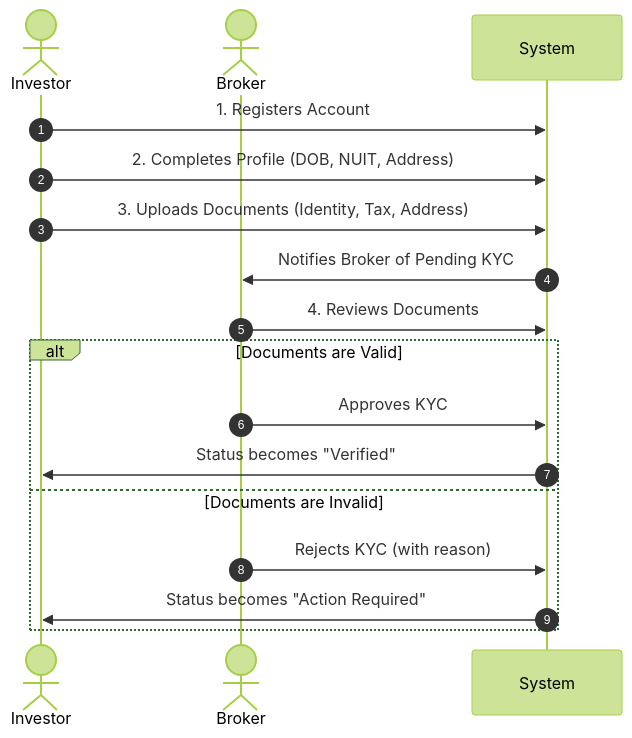
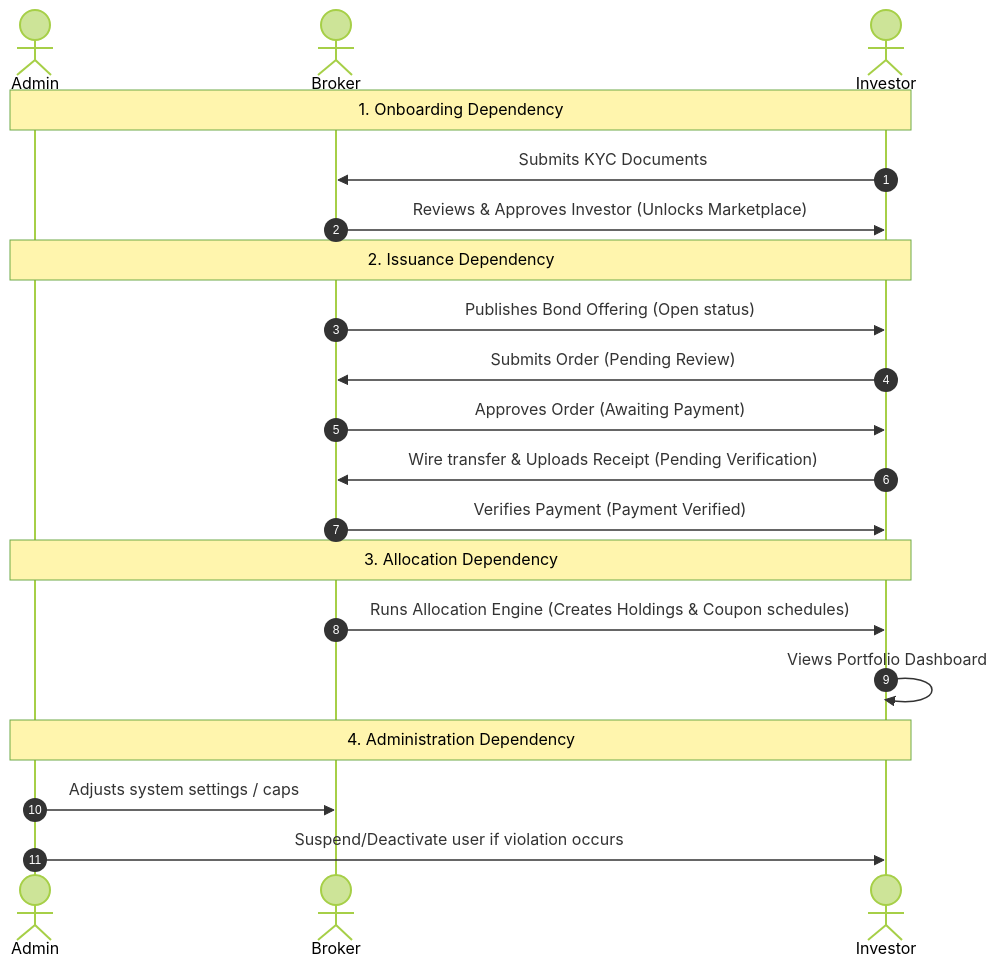
Before and after one commit to Hash-Overflow-bit/AFIN: the second of 2 diagrams in docs/User_Manual.md, drawn with Mermaid (forest theme). The commit also changed other lines of this file and 1 other file, not shown here.

Commit message:
docs: update user manual and PDF up to Day 8

````diff
--- a/docs/User_Manual.md
+++ b/docs/User_Manual.md
@@ -25,21 +52,26 @@
 ```mermaid
 sequenceDiagram
     autonumber
+    actor Admin
+    actor Broker
     actor Investor
-    actor Broker
-    participant System
-
-    Investor->>System: 1. Registers Account
-    Investor->>System: 2. Completes Profile (DOB, NUIT, Address)
-    Investor->>System: 3. Uploads Documents (Identity, Tax, Address)
-    System->>Broker: Notifies Broker of Pending KYC
-    Broker->>System: 4. Reviews Documents
     
-    alt Documents are Valid
-        Broker->>System: Approves KYC
-        System->>Investor: Status becomes "Verified"
-    else Documents are Invalid
-        Broker->>System: Rejects KYC (with reason)
-        System->>Investor: Status becomes "Action Required"
-    end
+    Note over Admin, Investor: 1. Onboarding Dependency
+    Investor->>Broker: Submits KYC Documents
+    Broker->>Investor: Reviews & Approves Investor (Unlocks Marketplace)
+    
+    Note over Admin, Investor: 2. Issuance Dependency
+    Broker->>Investor: Publishes Bond Offering (Open status)
+    Investor->>Broker: Submits Order (Pending Review)
+    Broker->>Investor: Approves Order (Awaiting Payment)
+    Investor->>Broker: Wire transfer & Uploads Receipt (Pending Verification)
+    Broker->>Investor: Verifies Payment (Payment Verified)
+    
+    Note over Admin, Investor: 3. Allocation Dependency
+    Broker->>Investor: Runs Allocation Engine (Creates Holdings & Coupon schedules)
+    Investor->>Investor: Views Portfolio Dashboard
+    
+    Note over Admin, Investor: 4. Administration Dependency
+    Admin->>Broker: Adjusts system settings / caps
+    Admin->>Investor: Suspend/Deactivate user if violation occurs
 ```
````
